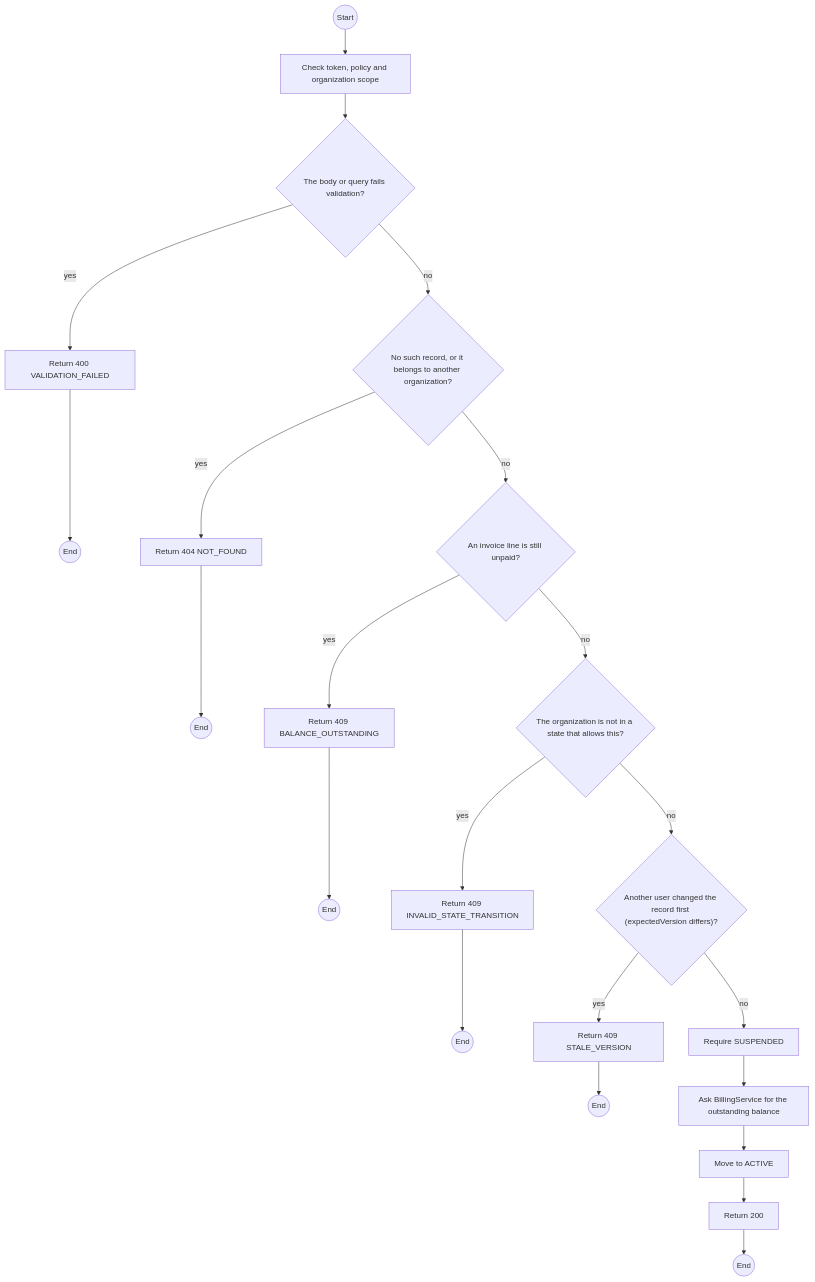
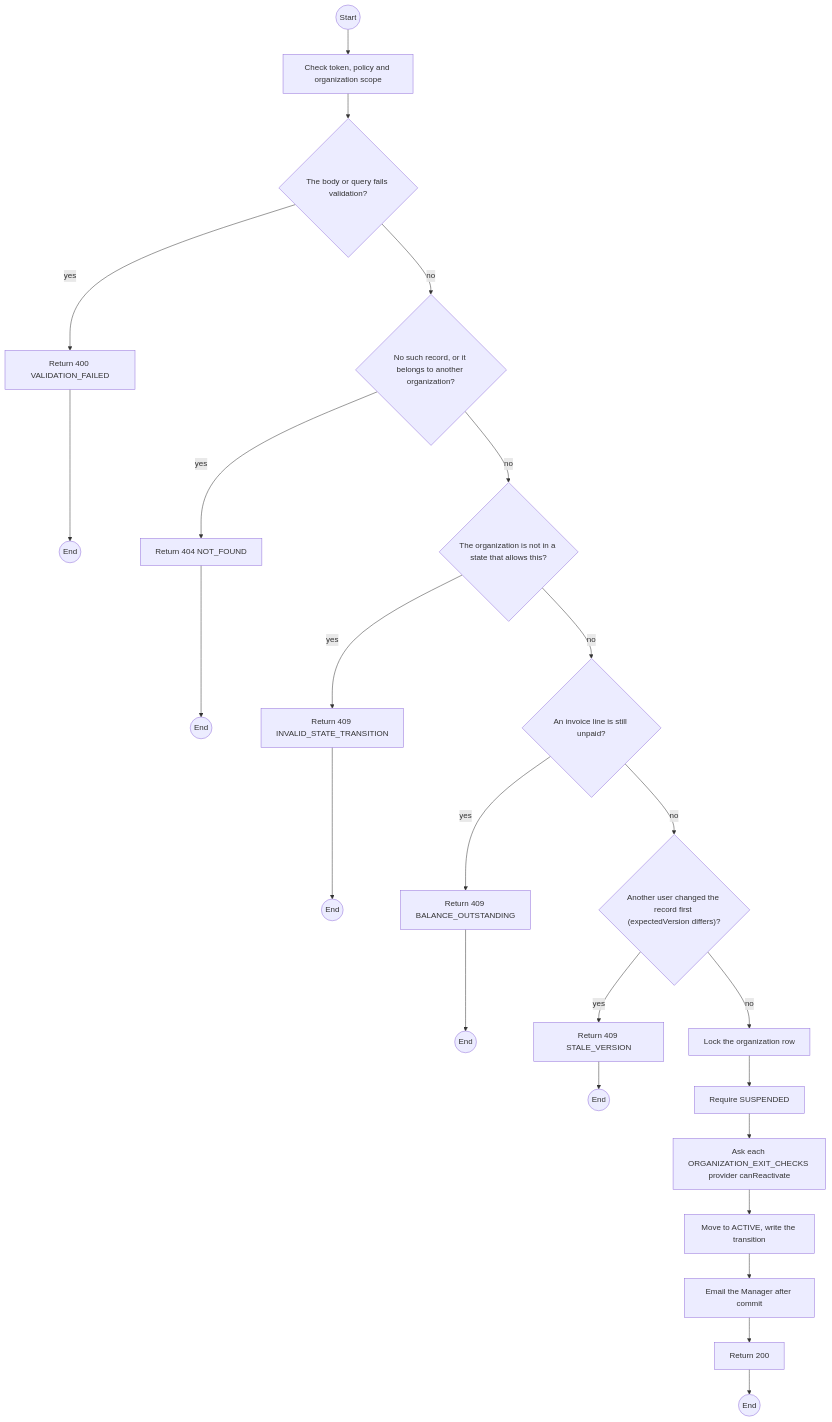
Before and after one commit to TrekLink-Team/treklink-web: the first of 2 diagrams in specs/organizations/api-design/09-post-organizations-id-reactivate.md, drawn with Mermaid. The commit also changed other lines of this file and 7 other files, not shown here.

````diff
--- a/specs/organizations/api-design/09-post-organizations-id-reactivate.md
+++ b/specs/organizations/api-design/09-post-organizations-id-reactivate.md
@@ -195,40 +195,44 @@
 ```mermaid
 flowchart TB
     S((Start))
     A0["Check token, policy and organization scope"]
     S --> A0
     D1{"The body or query fails validation?"}
     A0 --> D1
     E1["Return 400 VALIDATION_FAILED"]
     D1 -->|yes| E1
     E1 --> X1((End))
     D2{"No such record, or it belongs to another organization?"}
     D1 -->|no| D2
     E2["Return 404 NOT_FOUND"]
     D2 -->|yes| E2
     E2 --> X2((End))
-    D3{"An invoice line is still unpaid?"}
+    D3{"The organization is not in a state that allows this?"}
     D2 -->|no| D3
-    E3["Return 409 BALANCE_OUTSTANDING"]
+    E3["Return 409 INVALID_STATE_TRANSITION"]
     D3 -->|yes| E3
     E3 --> X3((End))
-    D4{"The organization is not in a state that allows this?"}
+    D4{"An invoice line is still unpaid?"}
     D3 -->|no| D4
-    E4["Return 409 INVALID_STATE_TRANSITION"]
+    E4["Return 409 BALANCE_OUTSTANDING"]
     D4 -->|yes| E4
     E4 --> X4((End))
     D5{"Another user changed the record first (expectedVersion differs)?"}
     D4 -->|no| D5
     E5["Return 409 STALE_VERSION"]
     D5 -->|yes| E5
     E5 --> X5((End))
-    P0["Require SUSPENDED"]
+    P0["Lock the organization row"]
     D5 -->|no| P0
-    P1["Ask BillingService for the outstanding balance"]
+    P1["Require SUSPENDED"]
     P0 --> P1
-    P2["Move to ACTIVE"]
+    P2["Ask each ORGANIZATION_EXIT_CHECKS provider canReactivate"]
     P1 --> P2
+    P3["Move to ACTIVE, write the transition"]
+    P2 --> P3
+    P4["Email the Manager after commit"]
+    P3 --> P4
     OK["Return 200"]
-    P2 --> OK
+    P4 --> OK
     OK --> Z((End))
 ```
````
